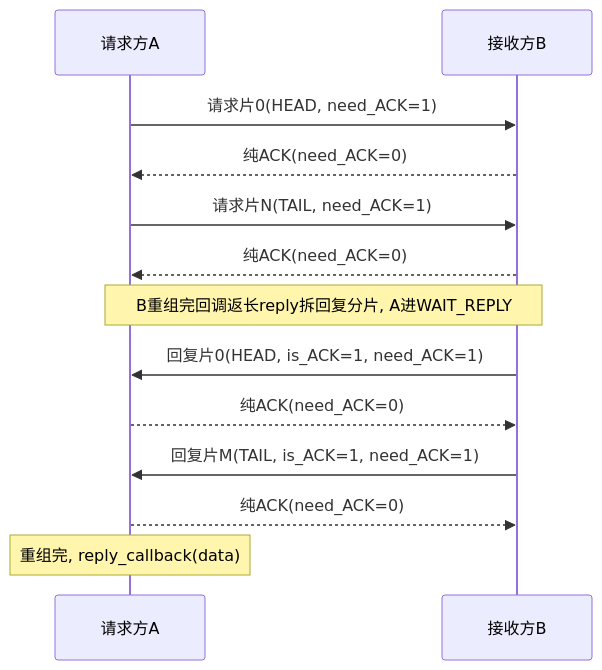
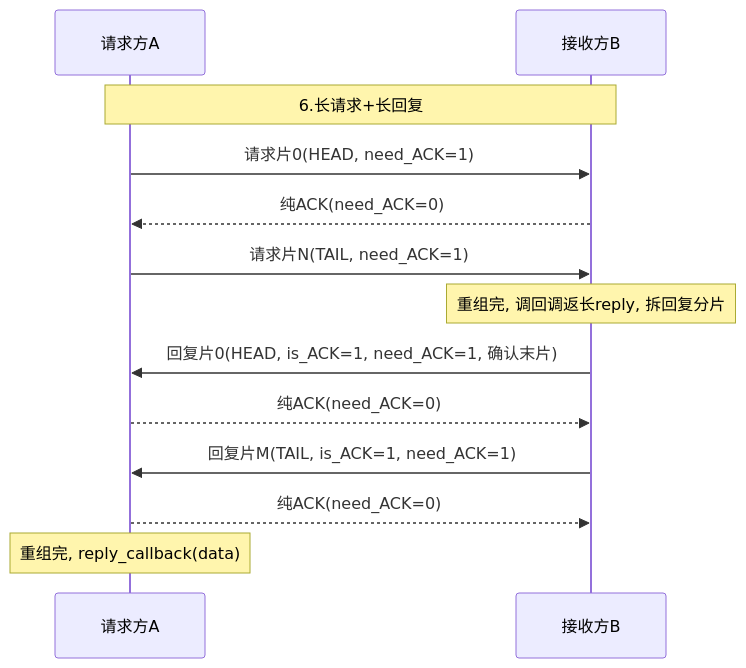
One commit to Siaiai/ObsidianNote changed the sixth of 13 diagrams in 工作/项目/代码/260401S3分拣面板-SIA-R9000P.md. Above: the diagram before and after it, drawn with Mermaid. The commit also changed other lines of this file and 1 other file, not shown here.

````diff
--- a/工作/项目/代码/260401S3分拣面板-SIA-R9000P.md
+++ b/工作/项目/代码/260401S3分拣面板-SIA-R9000P.md
@@ -173,15 +178,15 @@
 ```mermaid
 sequenceDiagram
     participant A as 请求方A
     participant B as 接收方B
+    Note over A,B: 6.长请求+长回复
     A->>B: 请求片0(HEAD, need_ACK=1)
     B-->>A: 纯ACK(need_ACK=0)
     A->>B: 请求片N(TAIL, need_ACK=1)
-    B-->>A: 纯ACK(need_ACK=0)
-    Note over A,B: B重组完回调返长reply拆回复分片, A进WAIT_REPLY
-    B->>A: 回复片0(HEAD, is_ACK=1, need_ACK=1)
+    Note over B: 重组完, 调回调返长reply, 拆回复分片
+    B->>A: 回复片0(HEAD, is_ACK=1, need_ACK=1, 确认末片)
     A-->>B: 纯ACK(need_ACK=0)
     B->>A: 回复片M(TAIL, is_ACK=1, need_ACK=1)
     A-->>B: 纯ACK(need_ACK=0)
     Note over A: 重组完, reply_callback(data)
 ```
````
